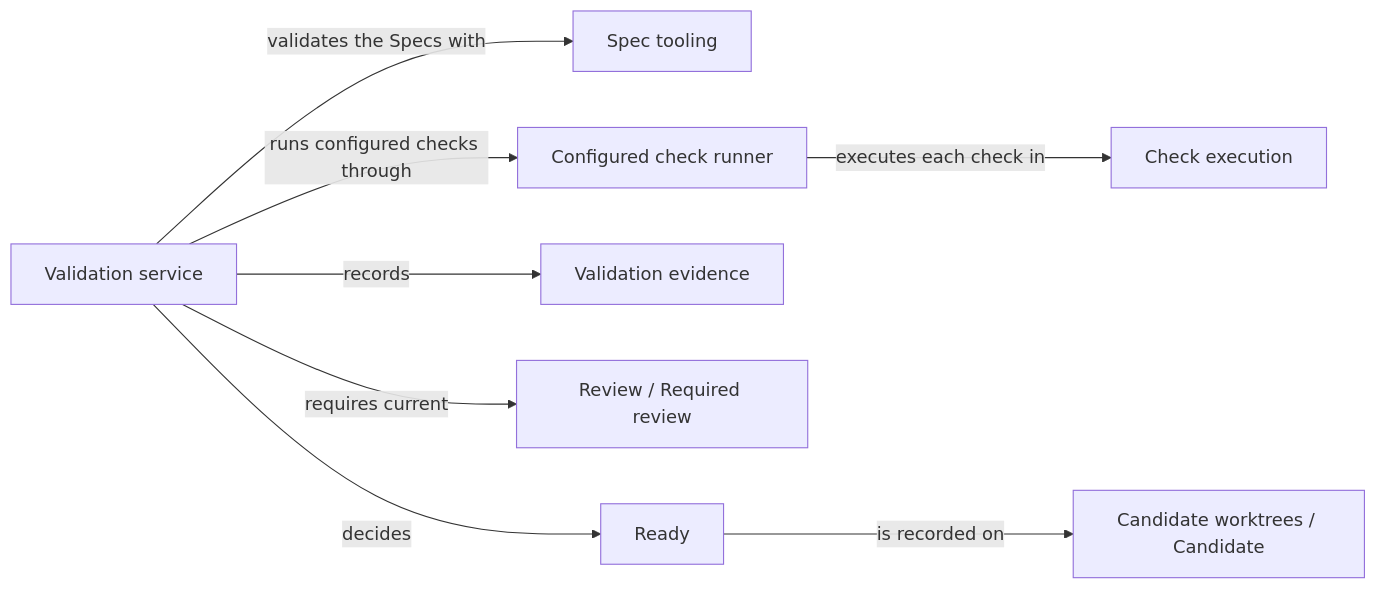
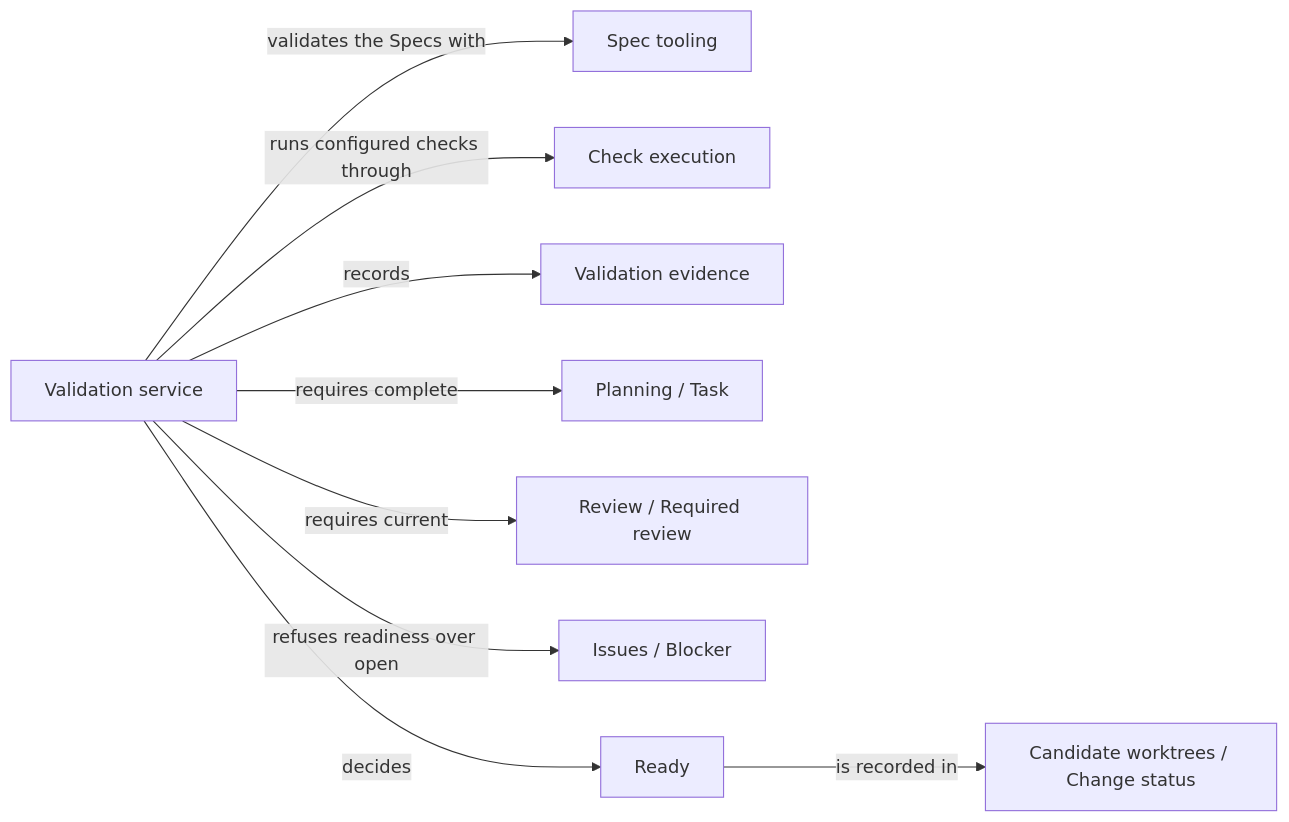
Before and after one commit to FTOD/concorde: the diagram in specs/concorde/validation/module.md, drawn with Mermaid. The commit also changed other lines of this file and 213 other files, not shown here.

First line of the commit message:
Rewrite Concorde's Specs for the layered architecture

````diff
--- a/specs/concorde/validation/module.md
+++ b/specs/concorde/validation/module.md
@@ -136,12 +176,13 @@
 ```mermaid
 flowchart LR
     accTitle: Validation collaboration
-    accDescr: The validation service validates Specs, runs configured checks through the check runner and records readiness on the candidate.
+    accDescr: The validation service validates Specs, has Check execution run the configured checks, records evidence and decides readiness from tasks, reviews and Blockers.
     Service[Validation service] -->|validates the Specs with| Spec[Spec tooling]
-    Service -->|runs configured checks through| Runner[Configured check runner]
-    Runner -->|executes each check in| Checks[Check execution]
+    Service -->|runs configured checks through| Checks[Check execution]
     Service -->|records| Evidence[Validation evidence]
+    Service -->|requires complete| Task[Planning / Task]
     Service -->|requires current| Req[Review / Required review]
+    Service -->|refuses readiness over open| Blocker[Issues / Blocker]
     Service -->|decides| Ready[Ready]
-    Ready -->|is recorded on| Cand[Candidate worktrees / Candidate]
+    Ready -->|is recorded in| Status[Candidate worktrees / Change status]
 ```
````
